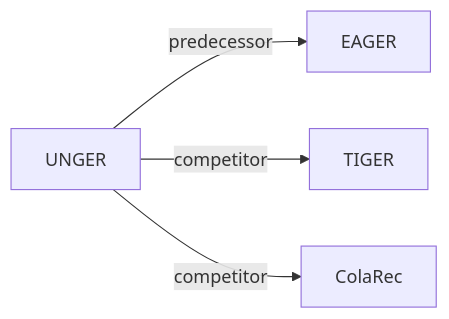
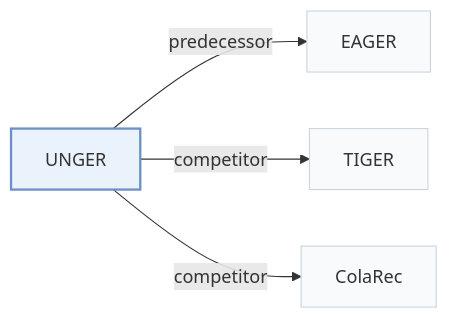
One commit to Galaxy-ghost/Awesome-SID-Generative-Rec changed the second of 2 diagrams in pages/papers/unger.md. Above: the diagram before and after it, drawn with Mermaid. The commit also changed other lines of this file and 649 other files, not shown here.

Commit message:
writer-05: also tags and modality index (schema, check, build, visuals); summary field removed; calibration data for 12 papers

````diff
--- a/pages/papers/unger.md
+++ b/pages/papers/unger.md
@@ -68,7 +74,11 @@
 ```mermaid
 flowchart LR
     P["UNGER"]
-    P -->|predecessor| A["EAGER"]
-    P -->|competitor| B["TIGER"]
-    P -->|competitor| C["ColaRec"]
+    P -->|"predecessor"| A["EAGER"]
+    P -->|"competitor"| B["TIGER"]
+    P -->|"competitor"| C["ColaRec"]
+    classDef main fill:#eaf2fb,stroke:#6b8fc7,stroke-width:2px
+    classDef peer fill:#f8fafc,stroke:#cbd5e1
+    class P main
+    class A,B,C peer
 ```
````
